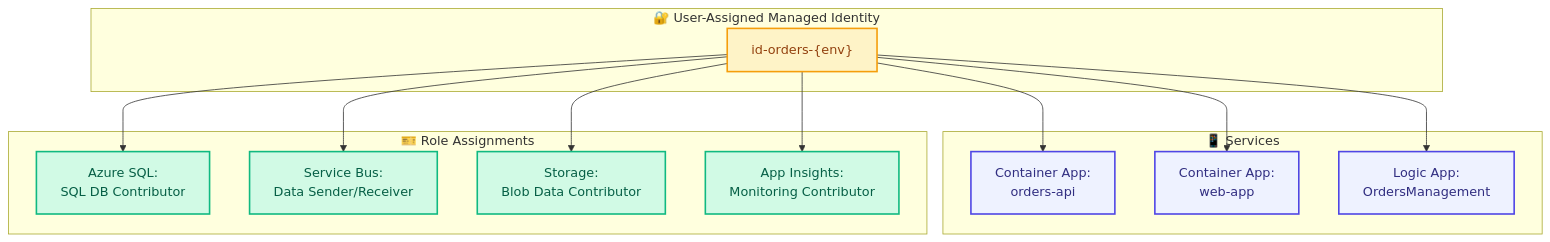
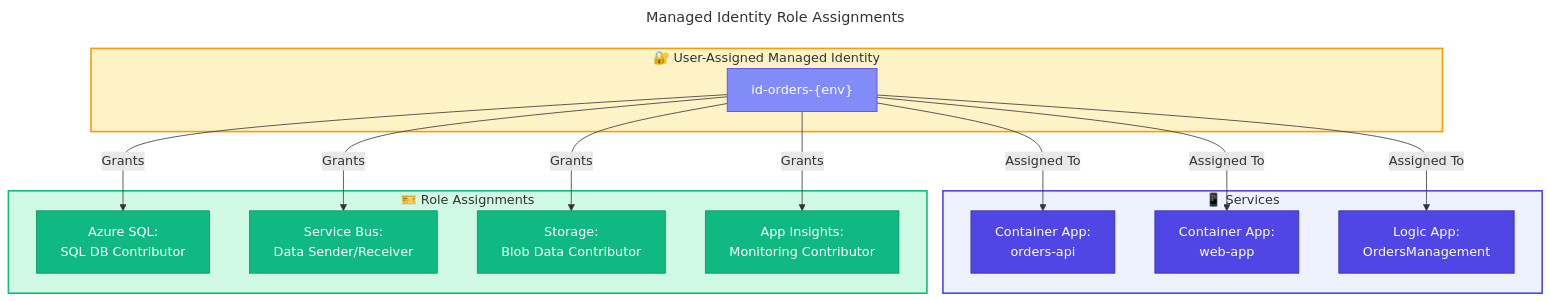
Before and after one commit to Evilazaro/Azure-LogicApps-Monitoring: the second of 4 diagrams in docs/architecture/06-security-architecture.md, drawn with Mermaid. The commit also changed other lines of this file, not shown here.

Commit message:
docs: Enhance mermaid diagrams in security architecture with titles and improved styling for better clarity and organization

````diff
--- a/docs/architecture/06-security-architecture.md
+++ b/docs/architecture/06-security-architecture.md
@@ -115,38 +129,54 @@
 ```mermaid
+---
+title: Managed Identity Role Assignments
+---
 flowchart TB
-    %% Managed Identity Architecture - Role assignments for services
+    %% ===== CLASS DEFINITIONS =====
+    classDef primary fill:#4F46E5,stroke:#3730A3,color:#FFFFFF
+    classDef secondary fill:#10B981,stroke:#059669,color:#FFFFFF
+    classDef datastore fill:#F59E0B,stroke:#D97706,color:#000000
+    classDef external fill:#6B7280,stroke:#4B5563,color:#FFFFFF,stroke-dasharray: 5 5
+    classDef failed fill:#F44336,stroke:#C62828,color:#FFFFFF
+    classDef trigger fill:#818CF8,stroke:#4F46E5,color:#FFFFFF
+    classDef decision fill:#FFFBEB,stroke:#F59E0B,color:#000000
+    classDef input fill:#F3F4F6,stroke:#6B7280,color:#000000
+
+    %% ===== MANAGED IDENTITY SUBGRAPH =====
     subgraph Identity["🔐 User-Assigned Managed Identity"]
         MI["id-orders-{env}"]
     end
+    style Identity fill:#FEF3C7,stroke:#F59E0B,stroke-width:2px
 
+    %% ===== SERVICES SUBGRAPH =====
     subgraph Services["📱 Services"]
         API["Container App:<br/>orders-api"]
         Web["Container App:<br/>web-app"]
         LA["Logic App:<br/>OrdersManagement"]
     end
+    style Services fill:#EEF2FF,stroke:#4F46E5,stroke-width:2px
 
+    %% ===== ROLE ASSIGNMENTS SUBGRAPH =====
     subgraph Roles["🎫 Role Assignments"]
         SQLRole["Azure SQL:<br/>SQL DB Contributor"]
         SBRole["Service Bus:<br/>Data Sender/Receiver"]
         StorageRole["Storage:<br/>Blob Data Contributor"]
         AIRole["App Insights:<br/>Monitoring Contributor"]
     end
+    style Roles fill:#D1FAE5,stroke:#10B981,stroke-width:2px
 
-    %% Identity bindings
-    MI --> API
-    MI --> Web
-    MI --> LA
-    MI --> SQLRole
-    MI --> SBRole
-    MI --> StorageRole
-    MI --> AIRole
+    %% ===== SERVICE BINDINGS =====
+    MI -->|"Assigned To"| API
+    MI -->|"Assigned To"| Web
+    MI -->|"Assigned To"| LA
 
-    %% Modern color palette - WCAG AA compliant
-    classDef identity fill:#FEF3C7,stroke:#F59E0B,stroke-width:2px,color:#92400E
-    classDef service fill:#EEF2FF,stroke:#4F46E5,stroke-width:2px,color:#312E81
-    classDef role fill:#D1FAE5,stroke:#10B981,stroke-width:2px,color:#065F46
+    %% ===== ROLE BINDINGS =====
+    MI -->|"Grants"| SQLRole
+    MI -->|"Grants"| SBRole
+    MI -->|"Grants"| StorageRole
+    MI -->|"Grants"| AIRole
 
-    class MI identity
-    class API,Web,LA service
-    class SQLRole,SBRole,StorageRole,AIRole role
+    %% ===== NODE STYLES =====
+    class MI trigger
+    class API,Web,LA primary
+    class SQLRole,SBRole,StorageRole,AIRole secondary
 ```
````
